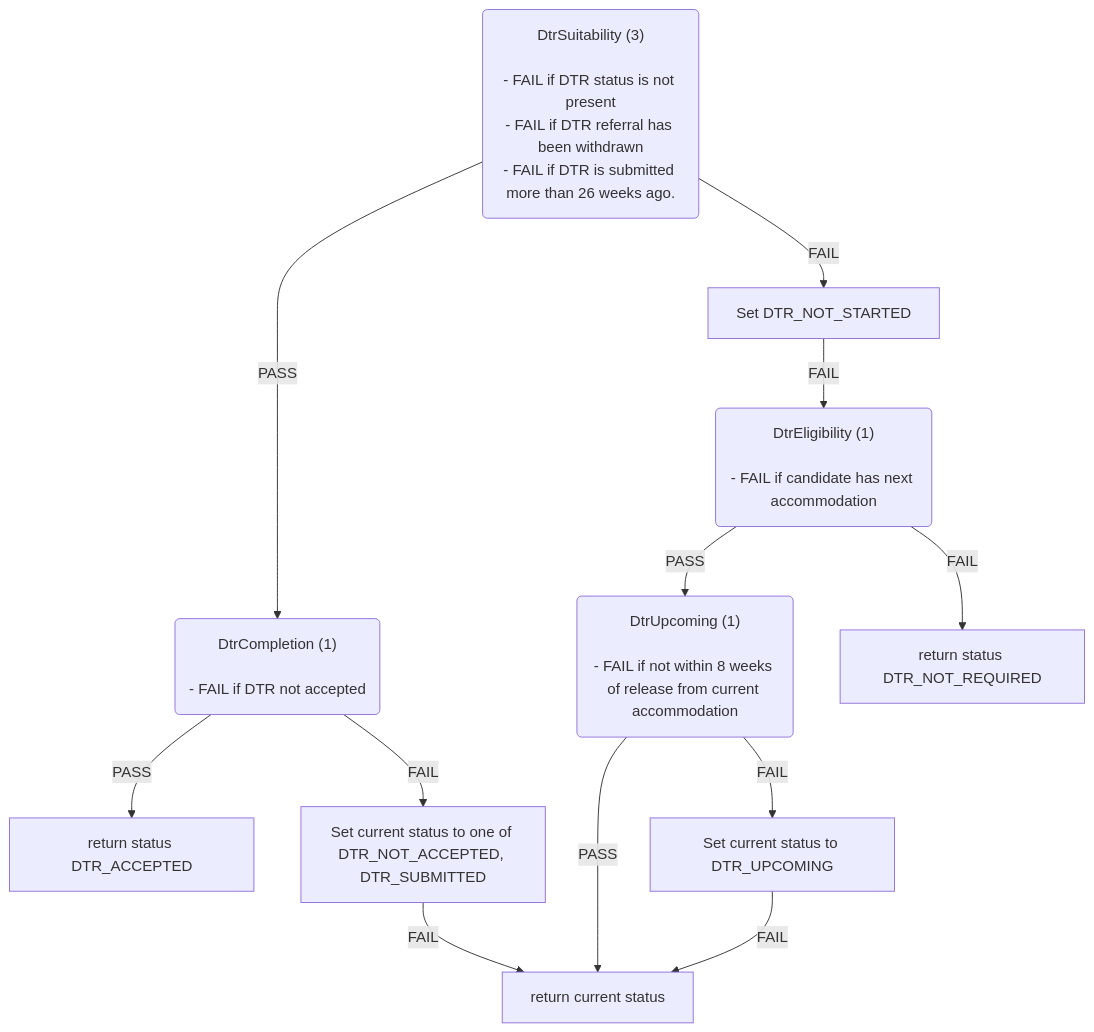
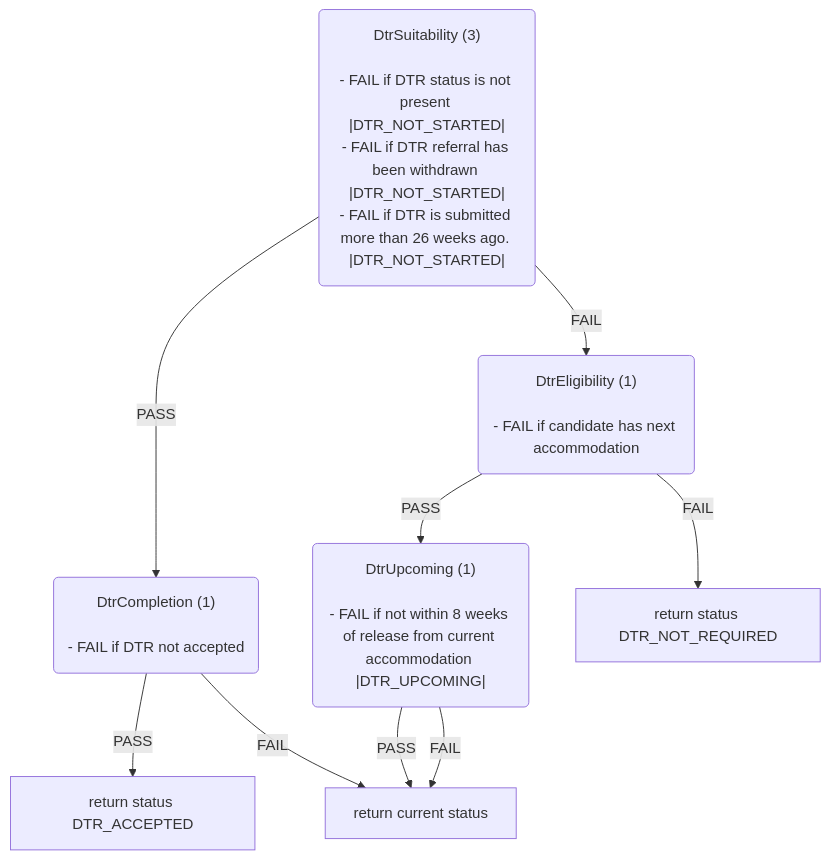
Before and after one commit to ministryofjustice/hmpps-single-accommodation-service-api: the fifth of 6 diagrams in docs/eligibility-rules-graph.md, drawn with Mermaid. The commit also changed other lines of this file and 12 other files, not shown here.

Commit message:
1. Remove ContextUpdater node 2. Add status to the Ruleset Node |status| 3. If status is sourced form the upstream app "Set to CAS2 Application Status"

````diff
--- a/docs/eligibility-rules-graph.md
+++ b/docs/eligibility-rules-graph.md
@@ -388,34 +344,28 @@
 ```mermaid
 flowchart TD
   DtrSuitability("DtrSuitability (3)
 
-- FAIL if DTR status is not present
-- FAIL if DTR referral has been withdrawn
-- FAIL if DTR is submitted more than 26 weeks ago.")
+- FAIL if DTR status is not present |DTR_NOT_STARTED|
+- FAIL if DTR referral has been withdrawn |DTR_NOT_STARTED|
+- FAIL if DTR is submitted more than 26 weeks ago. |DTR_NOT_STARTED|")
   DtrCompletion("DtrCompletion (1)
 
 - FAIL if DTR not accepted")
   return_status_DTR_ACCEPTED["return status DTR_ACCEPTED"]
-  Set_current_status_to_one_of_DTR_NOT_ACCEPTED__DTR_SUBMITTED["Set current status to one of DTR_NOT_ACCEPTED, DTR_SUBMITTED"]
   return_current_status["return current status"]
-  Set_DTR_NOT_STARTED["Set DTR_NOT_STARTED"]
   DtrEligibility("DtrEligibility (1)
 
 - FAIL if candidate has next accommodation")
   DtrUpcoming("DtrUpcoming (1)
 
-- FAIL if not within 8 weeks of release from current accommodation")
-  Set_current_status_to_DTR_UPCOMING["Set current status to DTR_UPCOMING"]
+- FAIL if not within 8 weeks of release from current accommodation |DTR_UPCOMING|")
   return_status_DTR_NOT_REQUIRED["return status DTR_NOT_REQUIRED"]
   DtrCompletion -->|PASS| return_status_DTR_ACCEPTED
-  DtrCompletion -->|FAIL| Set_current_status_to_one_of_DTR_NOT_ACCEPTED__DTR_SUBMITTED
-  Set_current_status_to_one_of_DTR_NOT_ACCEPTED__DTR_SUBMITTED -->|FAIL| return_current_status
+  DtrCompletion -->|FAIL| return_current_status
   DtrSuitability -->|PASS| DtrCompletion
-  DtrSuitability -->|FAIL| Set_DTR_NOT_STARTED
   DtrUpcoming -->|PASS| return_current_status
-  DtrUpcoming -->|FAIL| Set_current_status_to_DTR_UPCOMING
-  Set_current_status_to_DTR_UPCOMING -->|FAIL| return_current_status
+  DtrUpcoming -->|FAIL| return_current_status
   DtrEligibility -->|PASS| DtrUpcoming
   DtrEligibility -->|FAIL| return_status_DTR_NOT_REQUIRED
-  Set_DTR_NOT_STARTED -->|FAIL| DtrEligibility
+  DtrSuitability -->|FAIL| DtrEligibility
 ```
````
